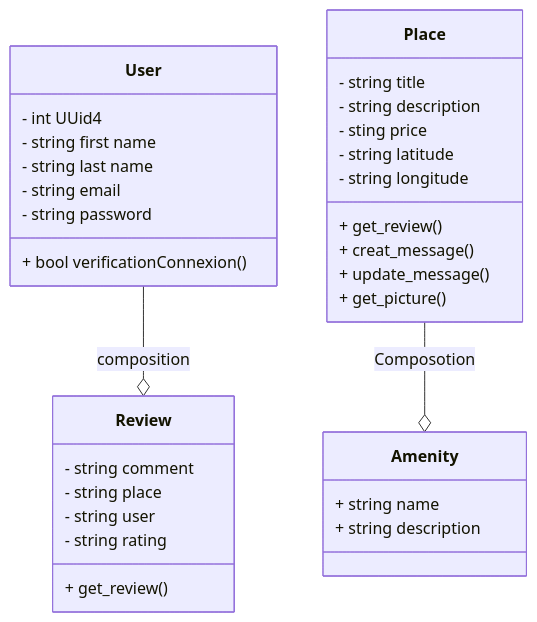
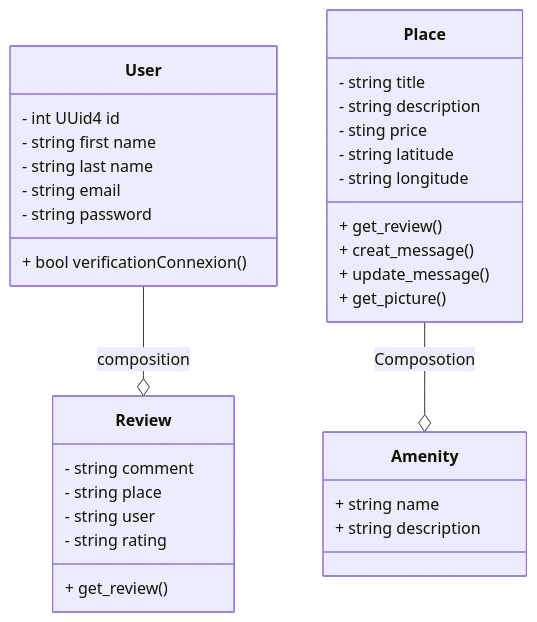
One commit to scotty800/holbertonschool-hbnb changed the diagram in part1/task_01/task_O1.mermaid. Above: the diagram before and after it, drawn with Mermaid.

```diff
--- a/part1/task_01/task_O1.mermaid
+++ b/part1/task_01/task_O1.mermaid
@@ -1,39 +1,39 @@
 classDiagram
     class User {
-    - int UUid4
+    - int UUid4 id
     - string first name
     - string last name
     - string email
     - string password
     + bool verificationConnexion()
 }
     class Review {
     - string comment
     - string place
     - string user
     - string rating
     + get_review()
 }
 
 User --o Review : composition
 
 class Place {
     - string title
     - string description
     - sting price
     - string latitude
     - string longitude
     + get_review()
     + creat_message()
     + update_message()
     + get_picture()
 
 }
 
 class Amenity {
     + string name
     + string description
 
 }
 
 Place --o Amenity : Composotion
```
